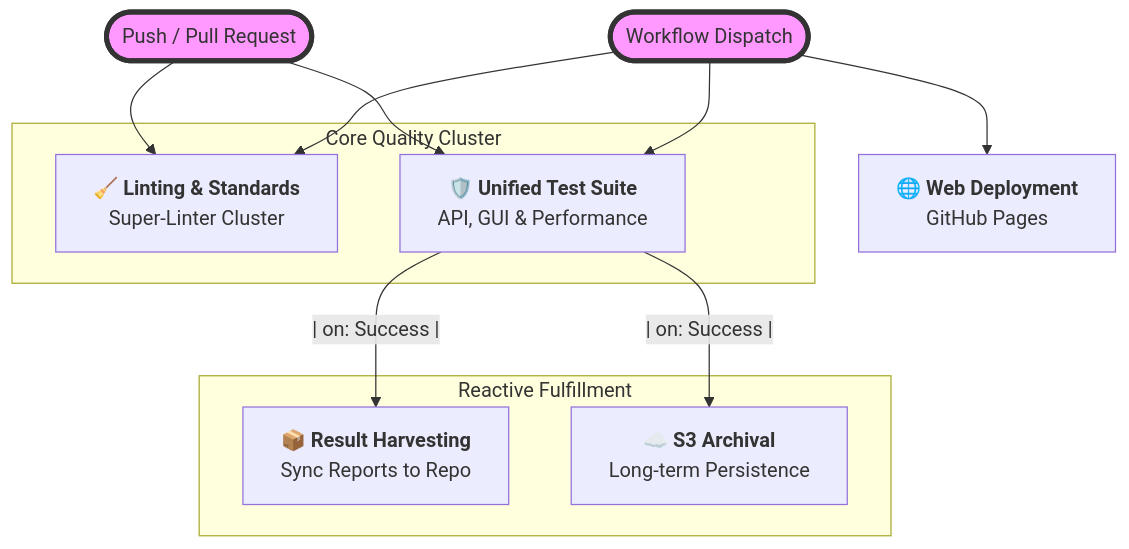
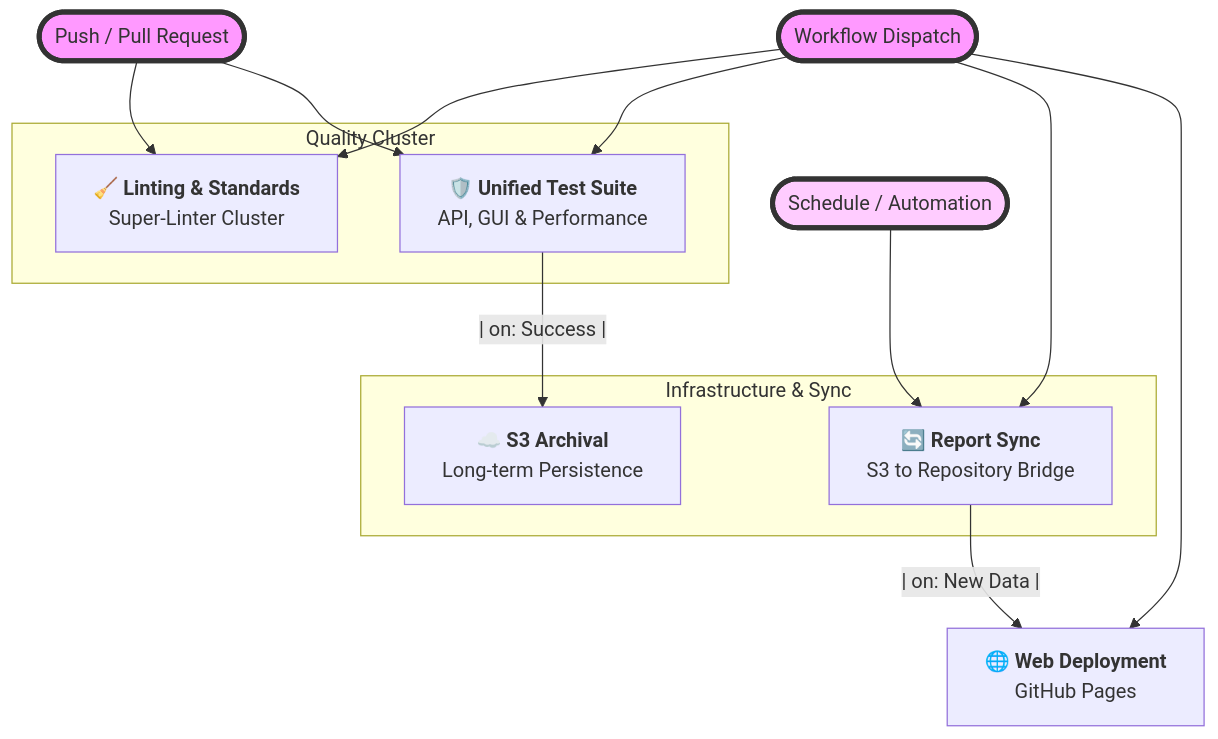
The diagram in .github/workflows/README.md (carlos-camara/dashboard), drawn with Mermaid before and after one commit. The commit also changed other lines of this file, not shown here.

Commit message:
docs: update automation README for S3 sync integration

````diff
--- a/.github/workflows/README.md
+++ b/.github/workflows/README.md
@@ -11,37 +11,43 @@
 ```mermaid
 graph TD
     %% Triggers
     Start([Push / Pull Request])
     Manual([Workflow Dispatch])
+    Schedule([Schedule / Automation])
     
     style Start fill:#f9f,stroke:#333,stroke-width:4px
     style Manual fill:#f9f,stroke:#333,stroke-width:4px
+    style Schedule fill:#fcf,stroke:#333,stroke-width:4px
 
     %% Main Workflows
     Lint["<b>🧹 Linting & Standards</b><br/>Super-Linter Cluster"]
     UTS["<b>🛡️ Unified Test Suite</b><br/>API, GUI & Performance"]
     
     %% Reactive Flows
-    UR["<b>📦 Result Harvesting</b><br/>Sync Reports to Repo"]
     DS3["<b>☁️ S3 Archival</b><br/>Long-term Persistence"]
+    RS["<b>🔄 Report Sync</b><br/>S3 to Repository Bridge"]
     DF["<b>🌐 Web Deployment</b><br/>GitHub Pages"]
 
     Start --> Lint
     Start --> UTS
     Manual --> Lint
     Manual --> UTS
+    Manual --> RS
     Manual --> DF
+    
+    Schedule --> RS
 
-    UTS -- "| on: Success |" --> UR
     UTS -- "| on: Success |" --> DS3
     
-    subgraph "Core Quality Cluster"
+    RS -- "| on: New Data |" --> DF
+    
+    subgraph "Quality Cluster"
         Lint
         UTS
     end
 
-    subgraph "Reactive Fulfillment"
-        UR
+    subgraph "Infrastructure & Sync"
         DS3
+        RS
     end
 ```
````
